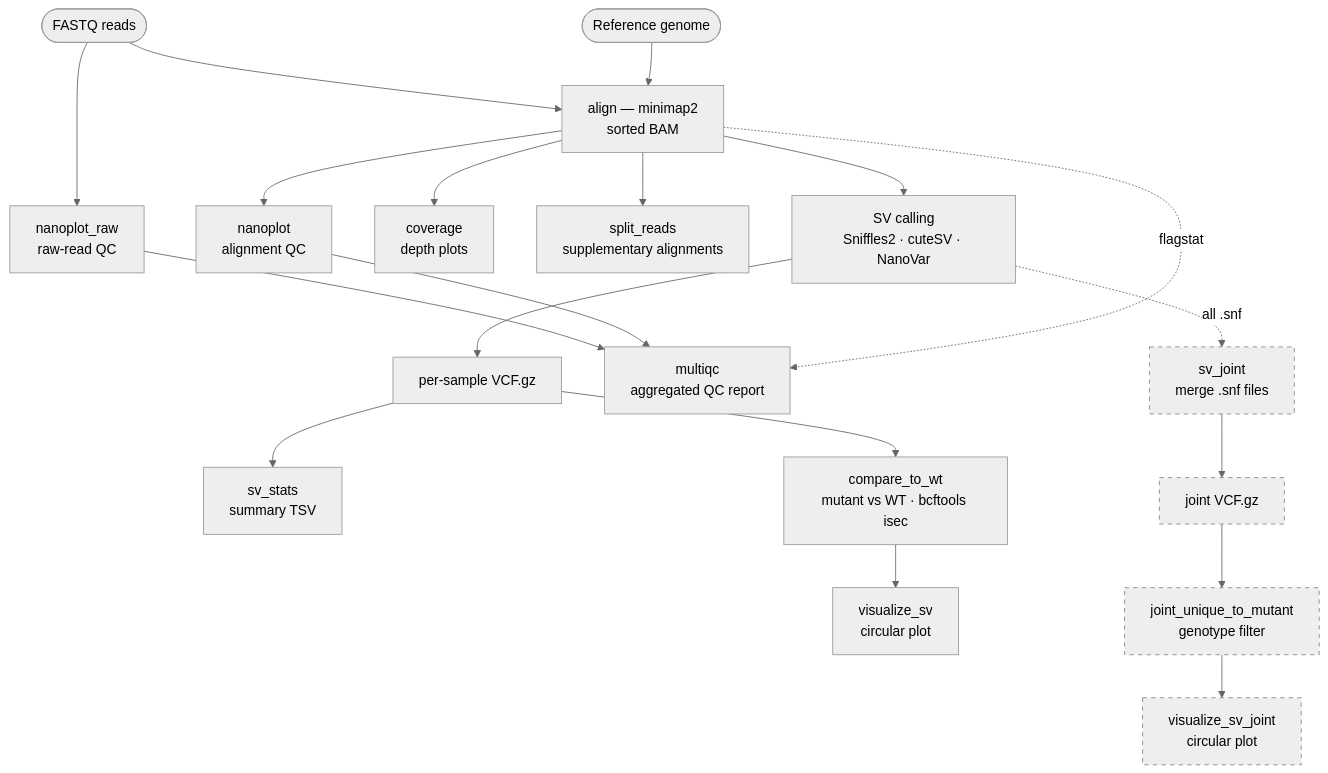
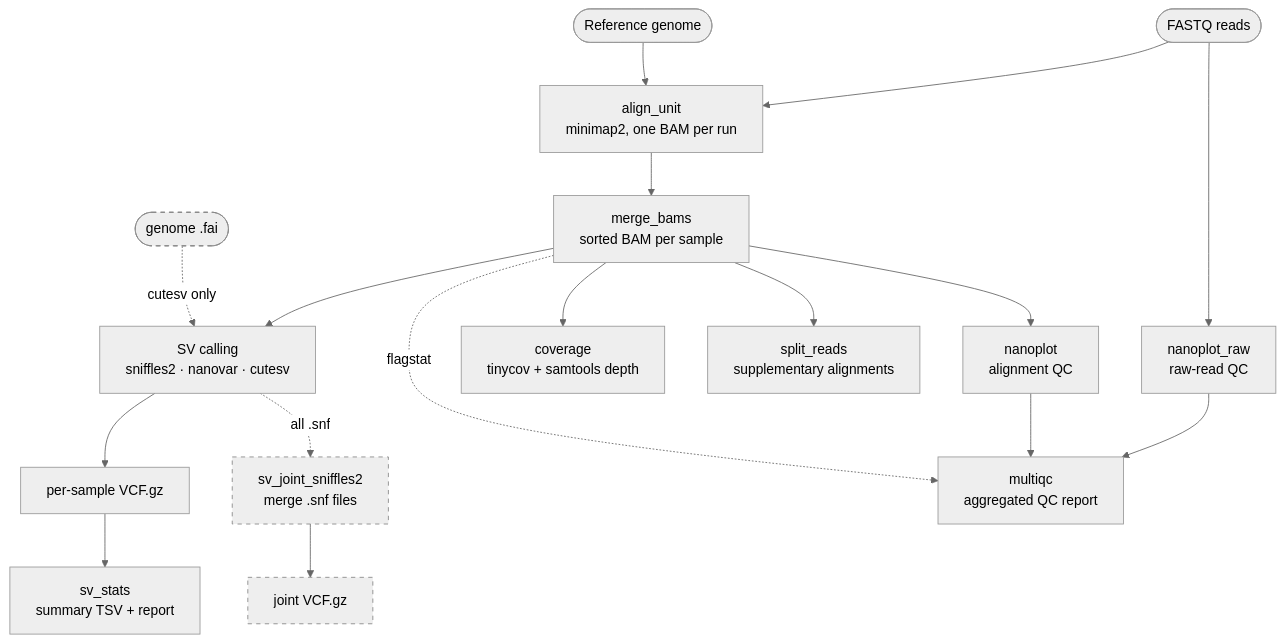
The diagram in README.md (katkah/snakemake-ont-sv), drawn with Mermaid (neutral theme) before and after one commit. The commit also changed other lines of this file, not shown here.

Commit message:
Replace the stale pipeline diagram with a core-stage diagram

````diff
--- a/README.md
+++ b/README.md
@@ -22,29 +30,28 @@
 ```mermaid
 flowchart TD
-    FQ(["FASTQ reads"]) --> ALIGN
+    FQ(["FASTQ reads"]) --> AU
+    REF(["Reference genome"]) --> AU
     FQ --> NPRAW["nanoplot_raw<br/>raw-read QC"]
-    REF(["Reference genome"]) --> ALIGN
-    ALIGN["align — minimap2<br/>sorted BAM"]
 
-    ALIGN --> NP["nanoplot<br/>alignment QC"]
-    ALIGN --> COV["coverage<br/>depth plots"]
-    ALIGN --> SPLIT["split_reads<br/>supplementary alignments"]
-    ALIGN --> CALL["SV calling<br/>Sniffles2 · cuteSV · NanoVar"]
+    AU["align_unit<br/>minimap2, one BAM per run"]
+    AU --> MB["merge_bams<br/>sorted BAM per sample"]
 
+    MB --> NP["nanoplot<br/>alignment QC"]
+    MB --> COV["coverage<br/>tinycov + samtools depth"]
+    MB --> SPLIT["split_reads<br/>supplementary alignments"]
+    MB --> CALL["SV calling<br/>sniffles2 · nanovar · cutesv"]
+
+    FAI(["genome .fai"]) -. "cutesv only" .-> CALL
     CALL --> VCF["per-sample VCF.gz"]
-    VCF --> STATS["sv_stats<br/>summary TSV"]
-    VCF --> CMP["compare_to_wt<br/>mutant vs WT · bcftools isec"]
-    CMP --> VIZ["visualize_sv<br/>circular plot"]
+    VCF --> STATS["sv_stats<br/>summary TSV + report"]
+
+    CALL -. "all .snf" .-> JOINT["sv_joint_sniffles2<br/>merge .snf files"]
+    JOINT --> JVCF["joint VCF.gz"]
 
     NPRAW --> MQC["multiqc<br/>aggregated QC report"]
     NP --> MQC
-    ALIGN -. "flagstat" .-> MQC
-
-    CALL -. "all .snf" .-> JOINT["sv_joint<br/>merge .snf files"]
-    JOINT --> JVCF["joint VCF.gz"]
-    JVCF --> JCMP["joint_unique_to_mutant<br/>genotype filter"]
-    JCMP --> JVIZ["visualize_sv_joint<br/>circular plot"]
+    MB -. "flagstat" .-> MQC
 
     classDef optional stroke:#888,stroke-dasharray:5 5;
-    class JOINT,JVCF,JCMP,JVIZ optional;
+    class JOINT,JVCF,FAI optional;
 ```
````
